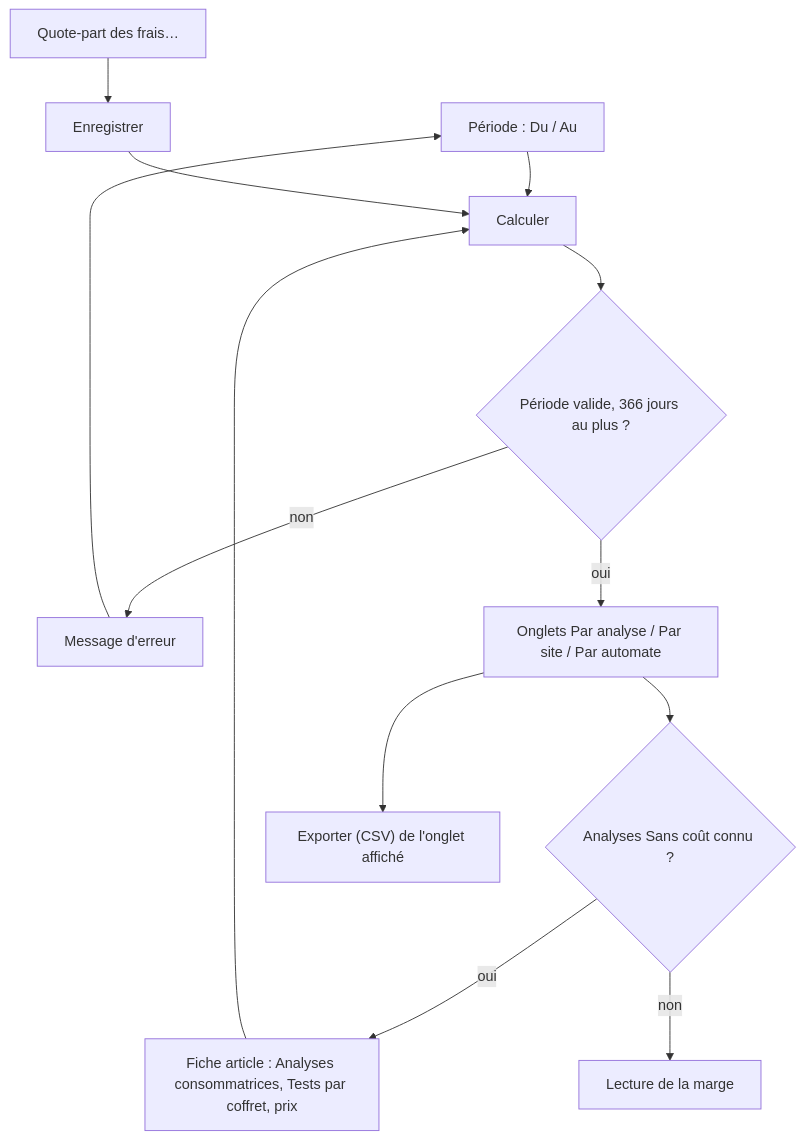
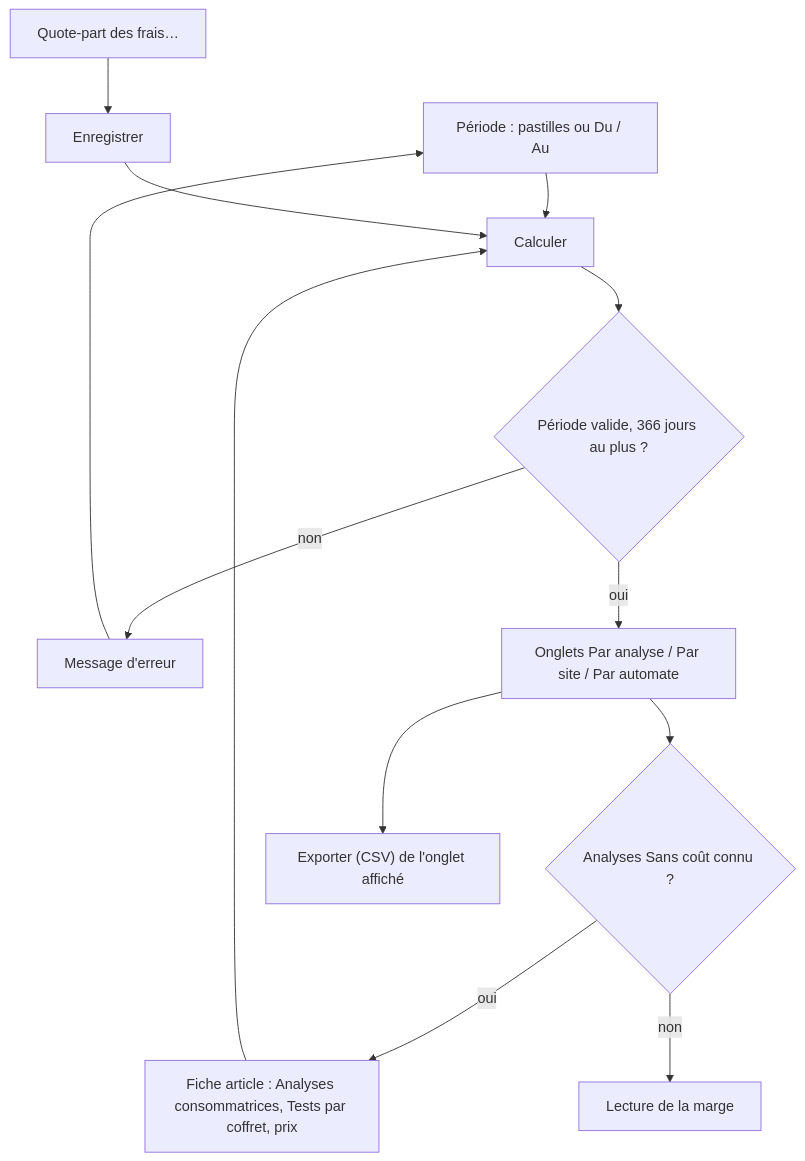
The seventh of 7 diagrams in docs/manuel/07-finance.md (J4dJad/MarocLis), drawn with Mermaid before and after one commit. The commit also changed other lines of this file and 7 other files, not shown here.

````diff
--- a/docs/manuel/07-finance.md
+++ b/docs/manuel/07-finance.md
@@ -527,12 +697,12 @@
 ```mermaid
 flowchart TD
-    P["Période : Du / Au"] --> C["Calculer"]
+    P["Période : pastilles ou Du / Au"] --> C["Calculer"]
     C --> V{"Période valide, 366 jours au plus ?"}
     V -- non --> M["Message d'erreur"] --> P
     V -- oui --> T["Onglets Par analyse / Par site / Par automate"]
     T --> S{"Analyses Sans coût connu ?"}
     S -- oui --> FA["Fiche article : Analyses consommatrices, Tests par coffret, prix"] --> C
     S -- non --> D["Lecture de la marge"]
     QF["Quote-part des frais…"] --> EN["Enregistrer"] --> C
     T --> X["Exporter (CSV) de l'onglet affiché"]
 ```
````
